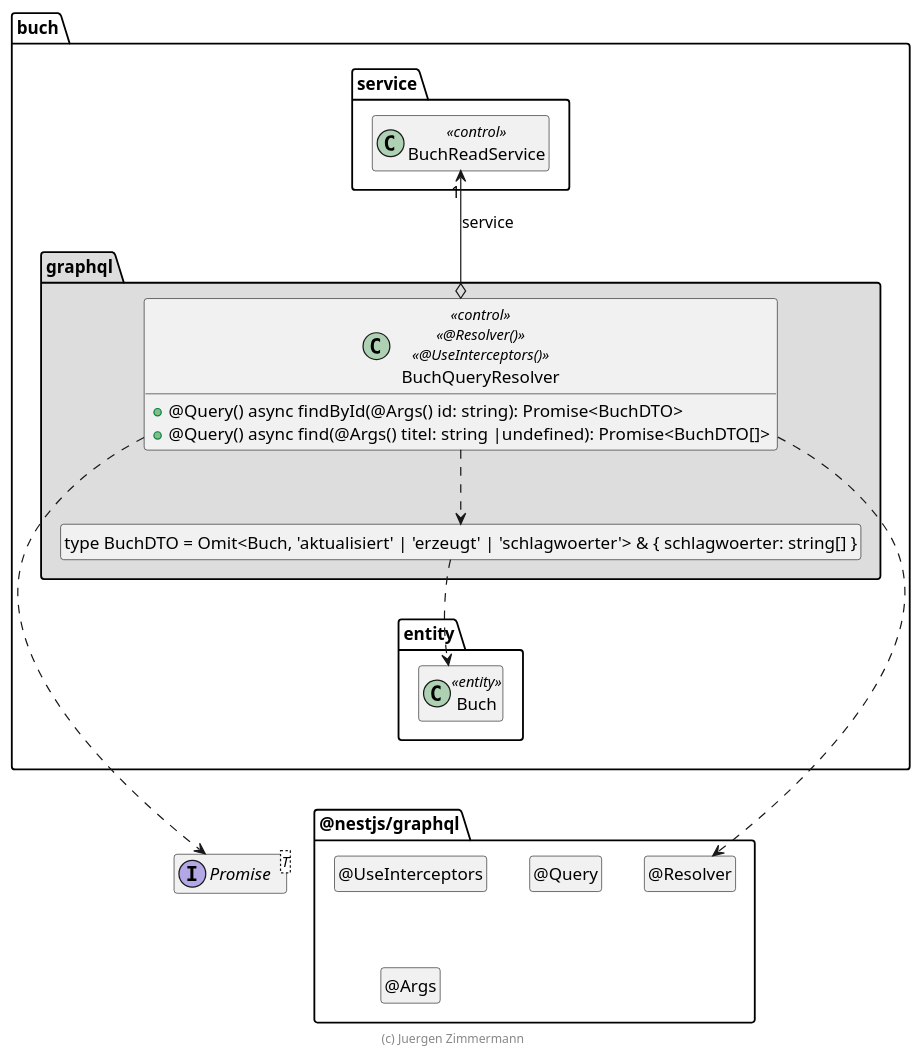
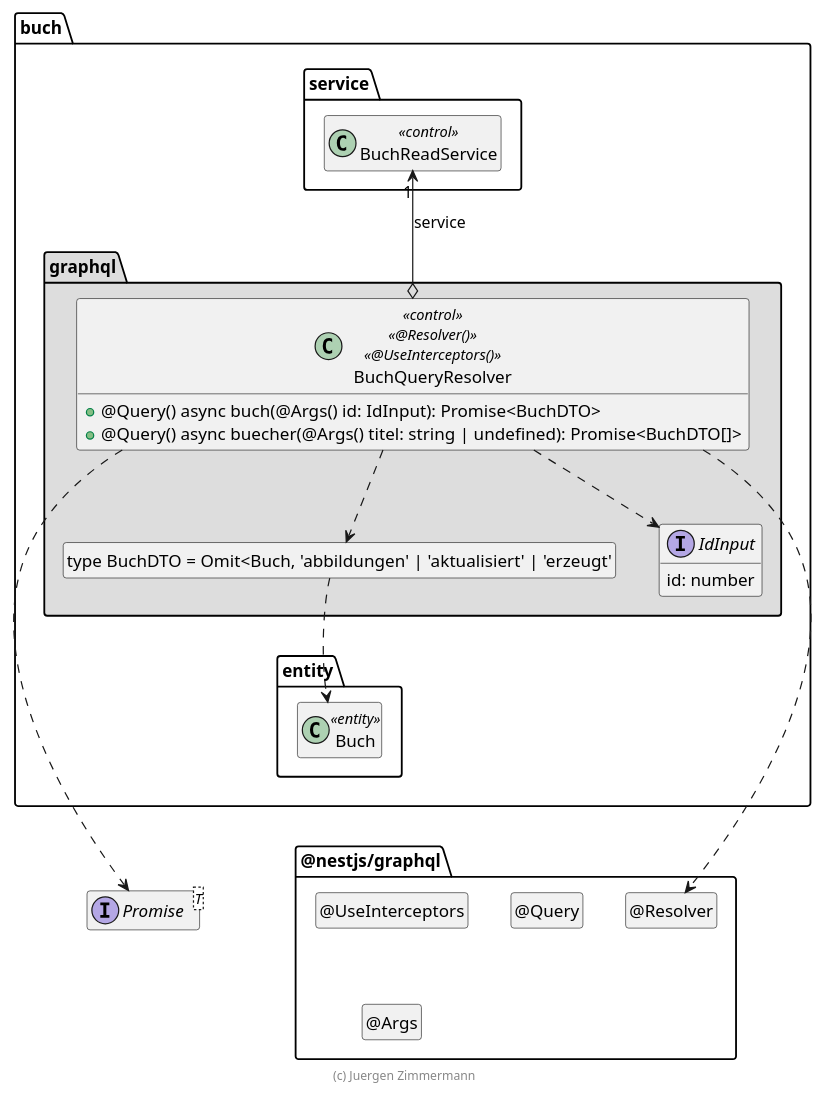
One commit to danielptv/buch changed the diagram in .extras/doc/entwicklerhandbuch/BuchQueryResolver.plantuml. Above: the diagram before and after it, drawn with PlantUML. The commit also changed 9 other files, not shown here.

```diff
--- a/.extras/doc/entwicklerhandbuch/BuchQueryResolver.plantuml
+++ b/.extras/doc/entwicklerhandbuch/BuchQueryResolver.plantuml
@@ -18,58 +18,63 @@
 @startuml Controller-Klasse
 
 interface Promise<T>
 
 package @nestjs/graphql {
   class "@Resolver" as Resolver
   hide Resolver circle
 
   class "@UseInterceptors" as UseInterceptors
   hide UseInterceptors circle
 
   class "@Query" as Query
   hide Query circle
 
   class "@Args" as Args
   hide Args circle
 
   Resolver .left[hidden].> Promise
 }
 
 package buch {
   package entity {
     class Buch <<entity>>
   }
 
   package service {
     class BuchReadService << control >>
   }
 
   package graphql #DDDDDD {
-    class "type BuchDTO = Omit<Buch, 'aktualisiert' | 'erzeugt' | 'schlagwoerter'> & { schlagwoerter: string[] }" as BuchDTO
+    class "type BuchDTO = Omit<Buch, 'abbildungen' | 'aktualisiert' | 'erzeugt'" as BuchDTO
     hide BuchDTO circle
 
+    interface IdInput {
+        id: number
+    }
+
     class BuchQueryResolver << control >> << @Resolver() >> << @UseInterceptors() >> {
-      + @Query() async findById(@Args() id: string): Promise<BuchDTO>
-      + @Query() async find(@Args() titel: string |undefined): Promise<BuchDTO[]>
+      + @Query() async buch(@Args() id: IdInput): Promise<BuchDTO>
+      + @Query() async buecher(@Args() titel: string | undefined): Promise<BuchDTO[]>
     }
 
     BuchQueryResolver o-up-> "1" BuchReadService : service
     BuchQueryResolver ..> BuchDTO
+    BuchQueryResolver ..> IdInput
     BuchDTO ..> Buch
     BuchQueryResolver ..> Resolver
 
     BuchQueryResolver ..> Promise
 
     BuchDTO .[hidden].> Buch
     Buch .[hidden].> Promise
     BuchReadService .[hidden].> Promise
     Buch .[hidden].> Resolver
     BuchReadService .[hidden].> Resolver
   }
 }
 
 hide empty members
 
 footer (c) Juergen Zimmermann
 
 @enduml
```
